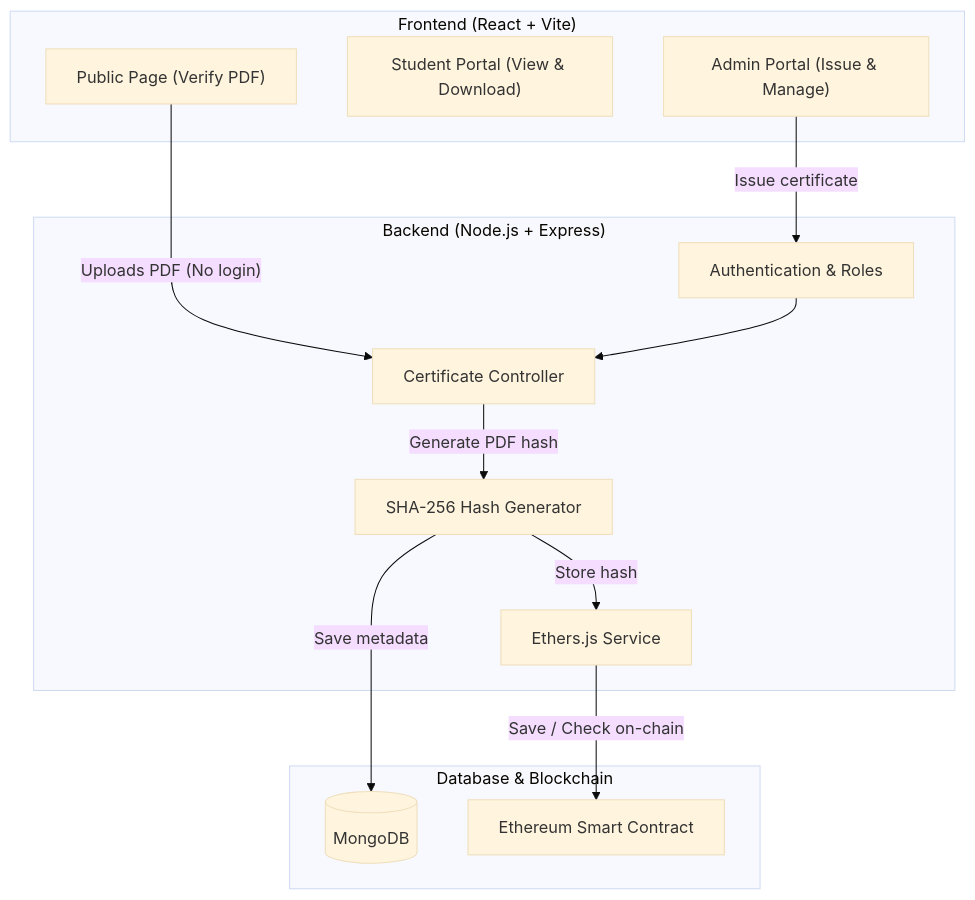
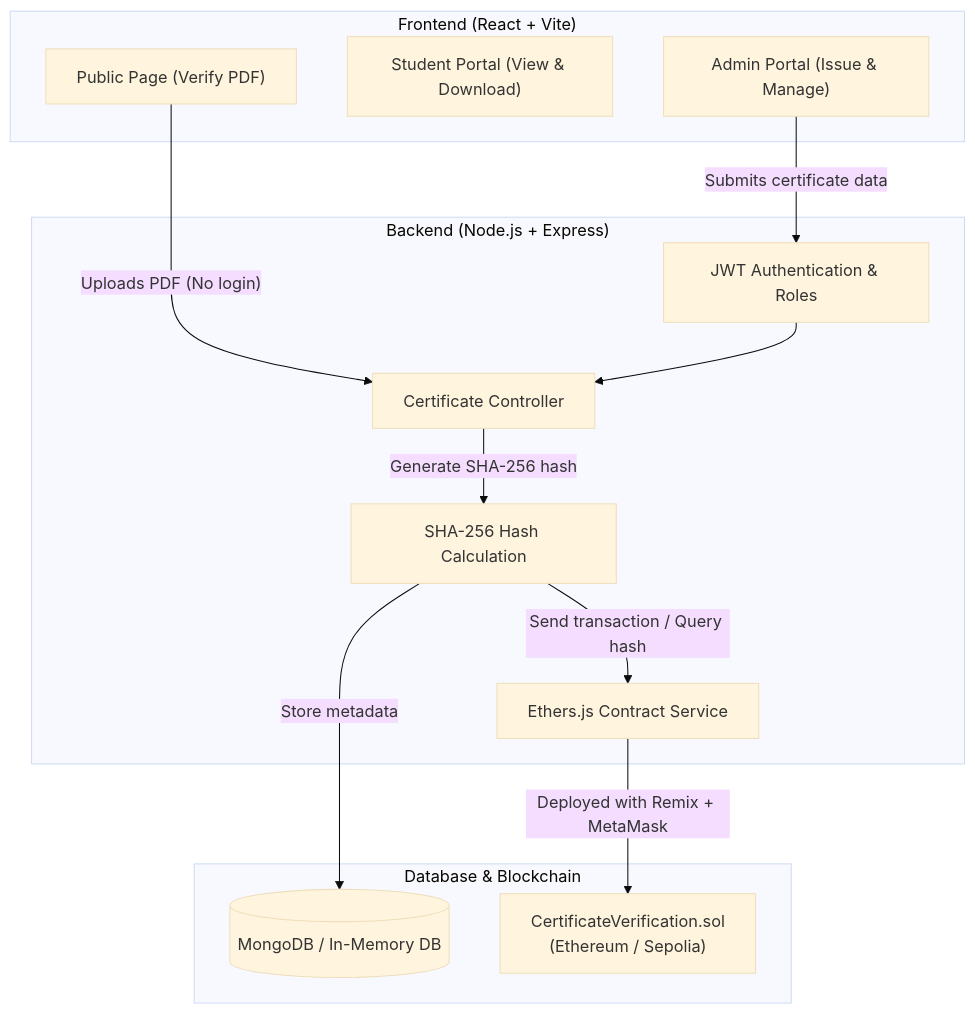
Before and after one commit to MikelBuilds/certify-authenticator-web3: the diagram in README.md, drawn with Mermaid (base theme). The commit also changed other lines of this file, not shown here.

````diff
--- a/README.md
+++ b/README.md
@@ -45,28 +47,28 @@
 ```mermaid
 flowchart TD
-    subgraph Client ["Frontend (React + Vite)"]
+    subgraph Frontend ["Frontend (React + Vite)"]
         AdminUI["Admin Portal (Issue & Manage)"]
         StudentUI["Student Portal (View & Download)"]
         PublicVerify["Public Page (Verify PDF)"]
     end
 
-    subgraph API ["Backend (Node.js + Express)"]
-        AuthMiddleware["Authentication & Roles"]
+    subgraph Backend ["Backend (Node.js + Express)"]
+        AuthMiddleware["JWT Authentication & Roles"]
         CertController["Certificate Controller"]
-        CryptoService["SHA-256 Hash Generator"]
-        EthService["Ethers.js Service"]
+        CryptoService["SHA-256 Hash Calculation"]
+        EthService["Ethers.js Contract Service"]
     end
 
-    subgraph Storage ["Database & Blockchain"]
-        MongoDB[("MongoDB")]
-        SmartContract["Ethereum Smart Contract"]
+    subgraph Data ["Database & Blockchain"]
+        MongoDB[("MongoDB / In-Memory DB")]
+        SmartContract["CertificateVerification.sol\n(Ethereum / Sepolia)"]
     end
 
     PublicVerify -->|"Uploads PDF (No login)"| CertController
-    AdminUI -->|"Issue certificate"| AuthMiddleware
+    AdminUI -->|"Submits certificate data"| AuthMiddleware
     AuthMiddleware --> CertController
-    CertController -->|"Generate PDF hash"| CryptoService
-    CryptoService -->|"Save metadata"| MongoDB
-    CryptoService -->|"Store hash"| EthService
-    EthService -->|"Save / Check on-chain"| SmartContract
+    CertController -->|"Generate SHA-256 hash"| CryptoService
+    CryptoService -->|"Store metadata"| MongoDB
+    CryptoService -->|"Send transaction / Query hash"| EthService
+    EthService -->|"Deployed with Remix + MetaMask"| SmartContract
 ```
````
